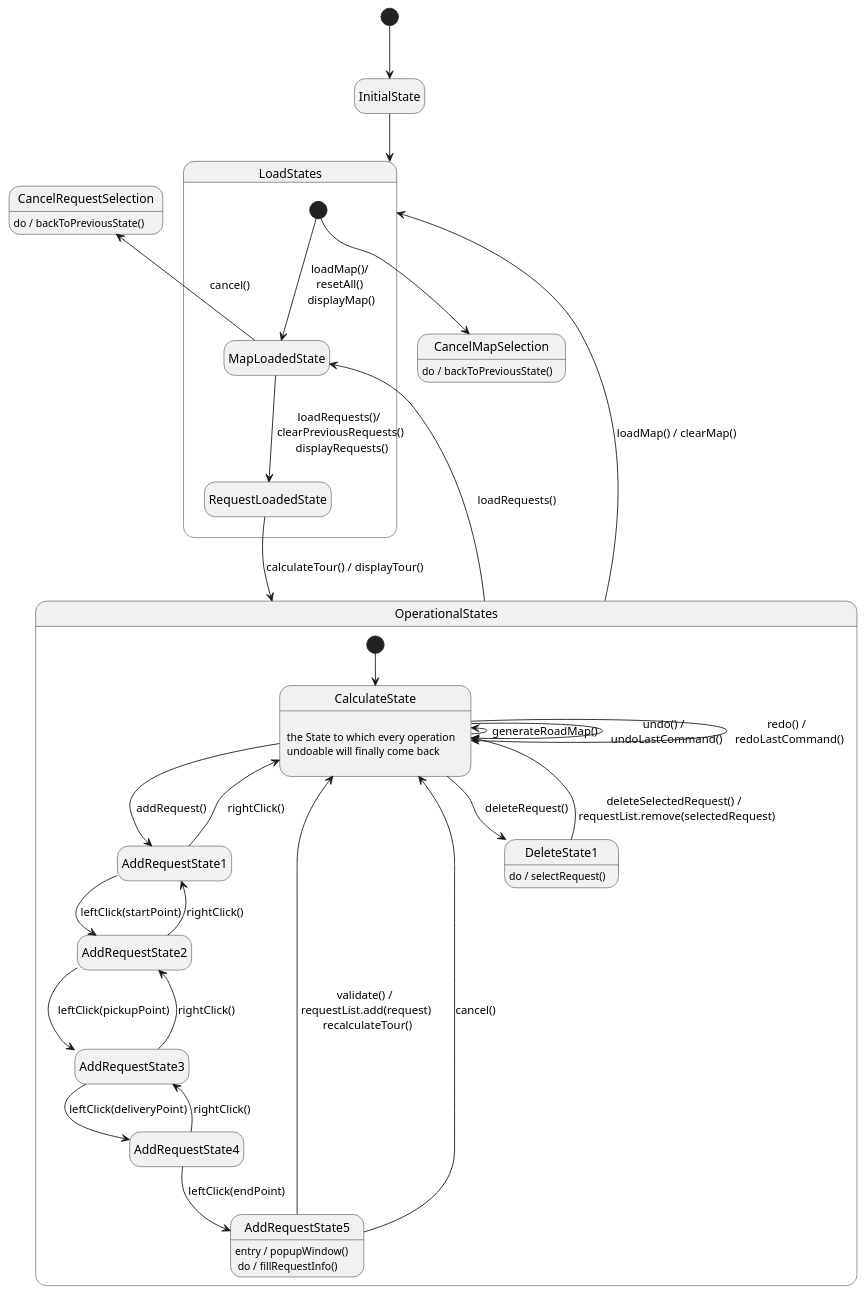
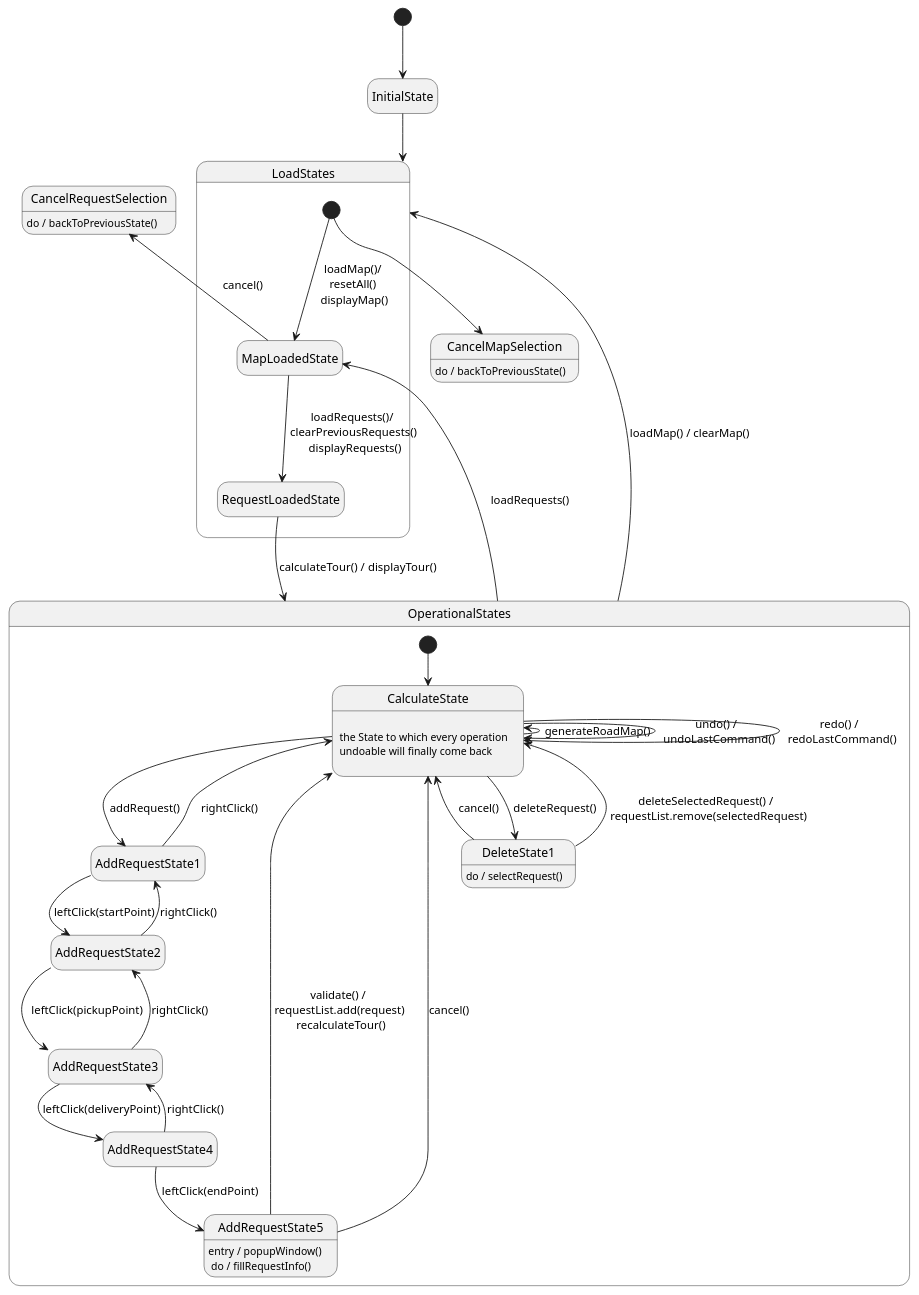
One commit to Karlenkko/Agile-OnErrand changed the diagram in src/documentation/StateChart.puml. Above: the diagram before and after it, drawn with PlantUML. The commit also changed 12 other files, not shown here.

```diff
--- a/src/documentation/StateChart.puml
+++ b/src/documentation/StateChart.puml
@@ -1,56 +1,57 @@
 @startuml
 hide empty description
 
 [*] -down-> InitialState
 InitialState -down-> LoadStates
 'InitialState : entry / requestListChanged = true
 
 state CancelMapSelection
 CancelMapSelection : do / backToPreviousState()
 
 
 state CancelRequestSelection
 CancelRequestSelection : do / backToPreviousState()
 
 state LoadStates {
     [*] -down-> CancelMapSelection
     [*] -down-> MapLoadedState : loadMap()/\n resetAll() \n displayMap()
 '    MapState1 : entry / isLoaded = isLoaded()
 
     MapLoadedState -down-> RequestLoadedState : loadRequests()/ \n clearPreviousRequests() \n displayRequests()
     MapLoadedState -up-> CancelRequestSelection : cancel()
 }
 
 'CancelMap -up-> InitialState : [ !isLoaded ]
 'CancelMap -left-> MapState2 : [ isLoaded ]
 
 RequestLoadedState -down-> OperationalStates : calculateTour() / displayTour()
 
 OperationalStates -up-> LoadStates : loadMap() / clearMap()
 OperationalStates -up-> MapLoadedState : loadRequests()
 state OperationalStates {
     [*] -down-> CalculateState
 
     CalculateState: \n the State to which every operation \n undoable will finally come back \n
     CalculateState -down-> AddRequestState1 : addRequest()
     AddRequestState1 -down-> AddRequestState2 : leftClick(startPoint)
     AddRequestState2 -down-> AddRequestState3 : leftClick(pickupPoint)
     AddRequestState3 -down-> AddRequestState4 : leftClick(deliveryPoint)
     AddRequestState4 -down-> AddRequestState5 : leftClick(endPoint)
     AddRequestState5 : entry / popupWindow() \n do / fillRequestInfo()
     AddRequestState5 -left-> CalculateState : validate() / \n requestList.add(request) \n recalculateTour()
     AddRequestState1 -up-> CalculateState : rightClick()
     AddRequestState2 -up-> AddRequestState1 : rightClick()
     AddRequestState3 -up-> AddRequestState2 : rightClick()
     AddRequestState4 -up-> AddRequestState3 : rightClick()
     AddRequestState5 -left-> CalculateState : cancel()
 
     CalculateState -down-> DeleteState1 : deleteRequest()
     DeleteState1 : do / selectRequest()
+    DeleteState1 -left-> CalculateState : cancel()
     DeleteState1 -up-> CalculateState : deleteSelectedRequest() / \n requestList.remove(selectedRequest)
 
     CalculateState -left-> CalculateState : generateRoadMap()
     CalculateState -right-> CalculateState : undo() / \n undoLastCommand()
     CalculateState -right-> CalculateState : redo() / \n redoLastCommand()
 }
 @enduml
```
